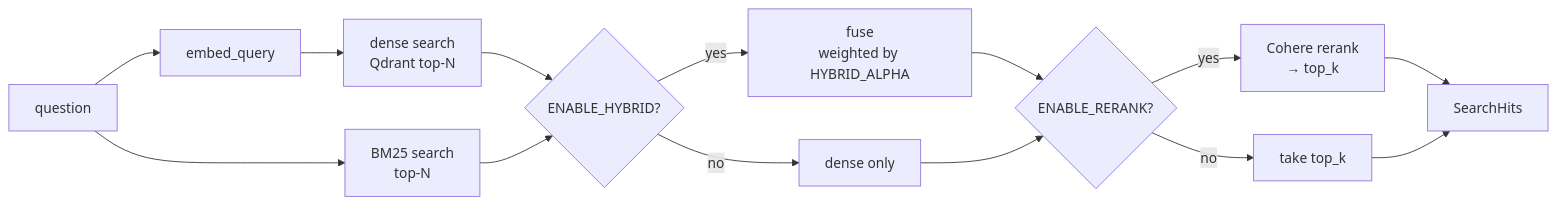
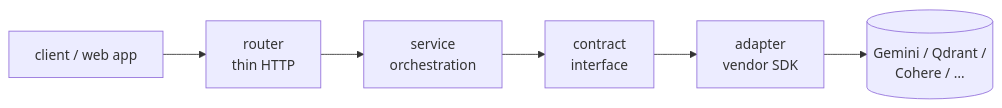
One commit to RajatRajSharma/finQueryBackend changed the third of 7 diagrams in README.md. Above: the diagram before and after it, drawn with Mermaid. The commit also changed other lines of this file and 33 other files, not shown here.

````diff
--- a/README.md
+++ b/README.md
@@ -329,16 +223,8 @@
 ```mermaid
 flowchart LR
-    Q[question] --> E[embed_query]
-    E --> D[dense search<br/>Qdrant top-N]
-    Q --> S[BM25 search<br/>top-N]
-    D --> F{ENABLE_HYBRID?}
-    S --> F
-    F -- yes --> FU[fuse<br/>weighted by HYBRID_ALPHA]
-    F -- no --> D2[dense only]
-    FU --> R{ENABLE_RERANK?}
-    D2 --> R
-    R -- yes --> RR[Cohere rerank<br/>→ top_k]
-    R -- no --> TK[take top_k]
-    RR --> OUT[SearchHits]
-    TK --> OUT
+    C[client / web app] --> R[router<br/>thin HTTP]
+    R --> S[service<br/>orchestration]
+    S --> I[contract<br/>interface]
+    I --> A[adapter<br/>vendor SDK]
+    A --> V[(Gemini / Qdrant /<br/>Cohere / …)]
 ```
````
